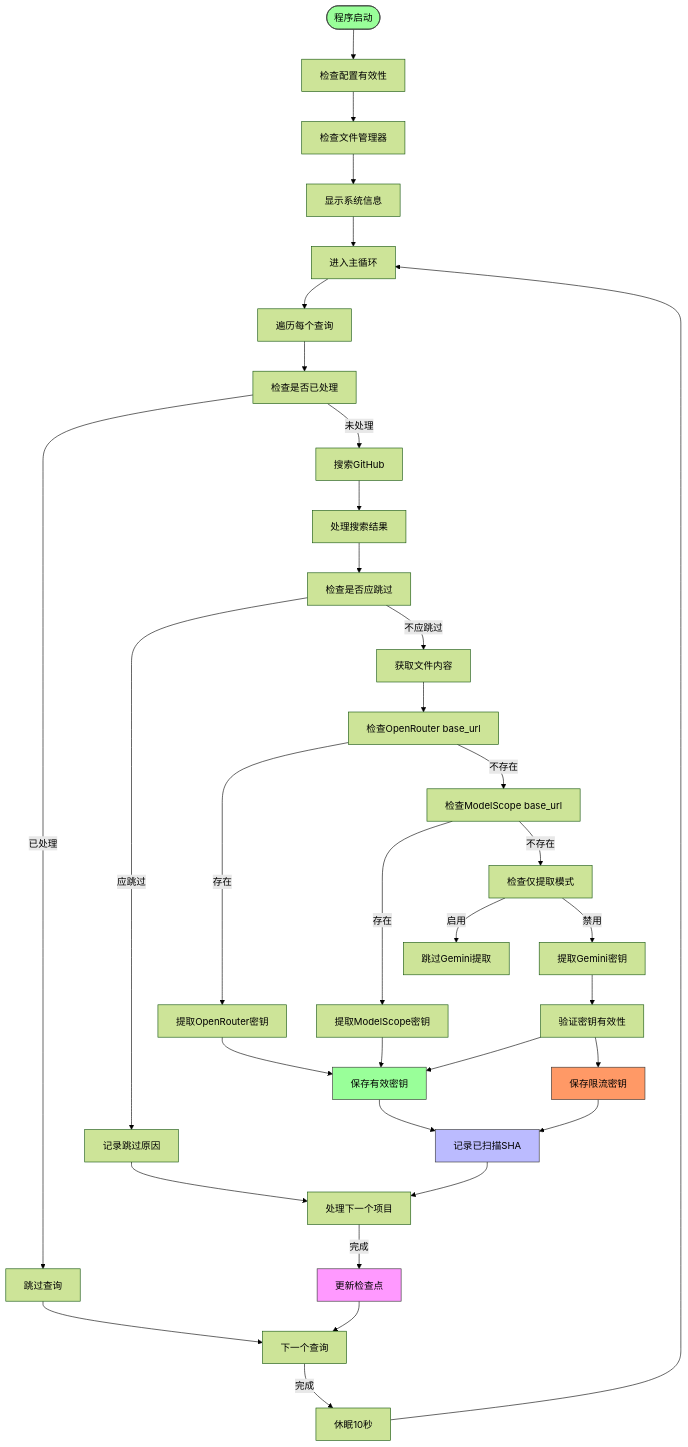
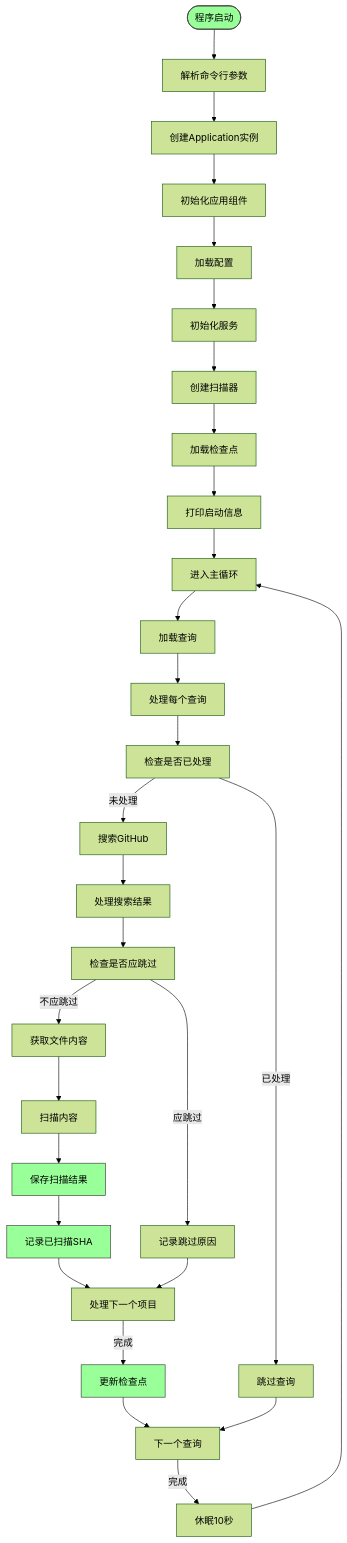
Before and after one commit to james-6-23/APIKEY-king: the third of 12 diagrams in .qoder/repowiki/zh/content/开发者指南/开发者指南.md, drawn with Mermaid (forest theme). The commit also changed other lines of this file and 49 other files, not shown here.

````diff
--- a/.qoder/repowiki/zh/content/开发者指南/开发者指南.md
+++ b/.qoder/repowiki/zh/content/开发者指南/开发者指南.md
@@ -149,41 +162,35 @@
 ```mermaid
 flowchart TD
-Start([程序启动]) --> ConfigCheck["检查配置有效性"]
-ConfigCheck --> FileCheck["检查文件管理器"]
-FileCheck --> SystemInfo["显示系统信息"]
-SystemInfo --> LoopStart["进入主循环"]
-LoopStart --> QueryLoop["遍历每个查询"]
-QueryLoop --> CheckProcessed["检查是否已处理"]
+Start([程序启动]) --> ParseArgs["解析命令行参数"]
+ParseArgs --> CreateApp["创建Application实例"]
+CreateApp --> Initialize["初始化应用组件"]
+Initialize --> LoadConfig["加载配置"]
+LoadConfig --> InitServices["初始化服务"]
+InitServices --> CreateScanner["创建扫描器"]
+CreateScanner --> LoadCheckpoint["加载检查点"]
+LoadCheckpoint --> PrintInfo["打印启动信息"]
+PrintInfo --> LoopStart["进入主循环"]
+LoopStart --> LoadQueries["加载查询"]
+LoadQueries --> ProcessQuery["处理每个查询"]
+ProcessQuery --> CheckProcessed["检查是否已处理"]
 CheckProcessed --> |已处理| SkipQuery["跳过查询"]
 CheckProcessed --> |未处理| SearchGitHub["搜索GitHub"]
 SearchGitHub --> ProcessItems["处理搜索结果"]
 ProcessItems --> CheckSkip["检查是否应跳过"]
 CheckSkip --> |应跳过| SkipItem["记录跳过原因"]
 CheckSkip --> |不应跳过| GetContent["获取文件内容"]
-GetContent --> ExtractOpenRouter["检查OpenRouter base_url"]
-ExtractOpenRouter --> |存在| ExtractOpenRouterKeys["提取OpenRouter密钥"]
-ExtractOpenRouter --> |不存在| ExtractModelScope["检查ModelScope base_url"]
-ExtractModelScope --> |存在| ExtractMSKeys["提取ModelScope密钥"]
-ExtractModelScope --> |不存在| CheckExtractOnly["检查仅提取模式"]
-CheckExtractOnly --> |启用| SkipGemini["跳过Gemini提取"]
-CheckExtractOnly --> |禁用| ExtractGemini["提取Gemini密钥"]
-ExtractGemini --> ValidateKeys["验证密钥有效性"]
-ValidateKeys --> SaveValid["保存有效密钥"]
-ValidateKeys --> SaveLimited["保存限流密钥"]
-SaveValid --> RecordSHA["记录已扫描SHA"]
-SaveLimited --> RecordSHA
+GetContent --> ScanContent["扫描内容"]
+ScanContent --> SaveResult["保存扫描结果"]
+SaveResult --> RecordSHA["记录已扫描SHA"]
 RecordSHA --> NextItem["处理下一个项目"]
 NextItem --> |完成| UpdateCheckpoint["更新检查点"]
 UpdateCheckpoint --> NextQuery["下一个查询"]
 NextQuery --> |完成| Sleep["休眠10秒"]
 Sleep --> LoopStart
 SkipQuery --> NextQuery
 SkipItem --> NextItem
-ExtractOpenRouterKeys --> SaveValid
-ExtractMSKeys --> SaveValid
 style Start fill:#9f9,stroke:#333
-style SaveValid fill:#9f9,stroke:#333
-style SaveLimited fill:#f96,stroke:#333
-style RecordSHA fill:#bbf,stroke:#333
-style UpdateCheckpoint fill:#f9f,stroke:#333
+style SaveResult fill:#9f9,stroke:#333
+style RecordSHA fill:#9f9,stroke:#333
+style UpdateCheckpoint fill:#9f9,stroke:#333
 ```
````
